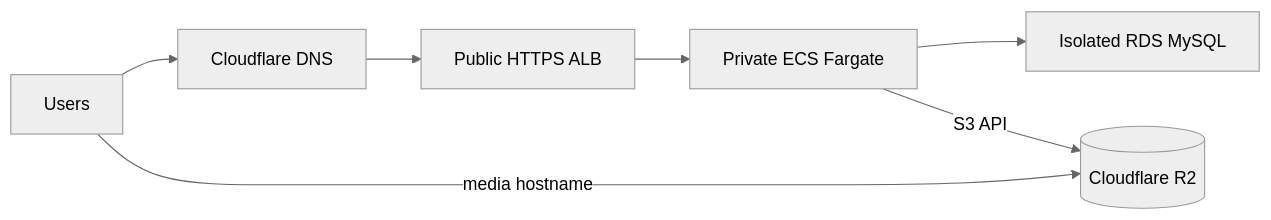
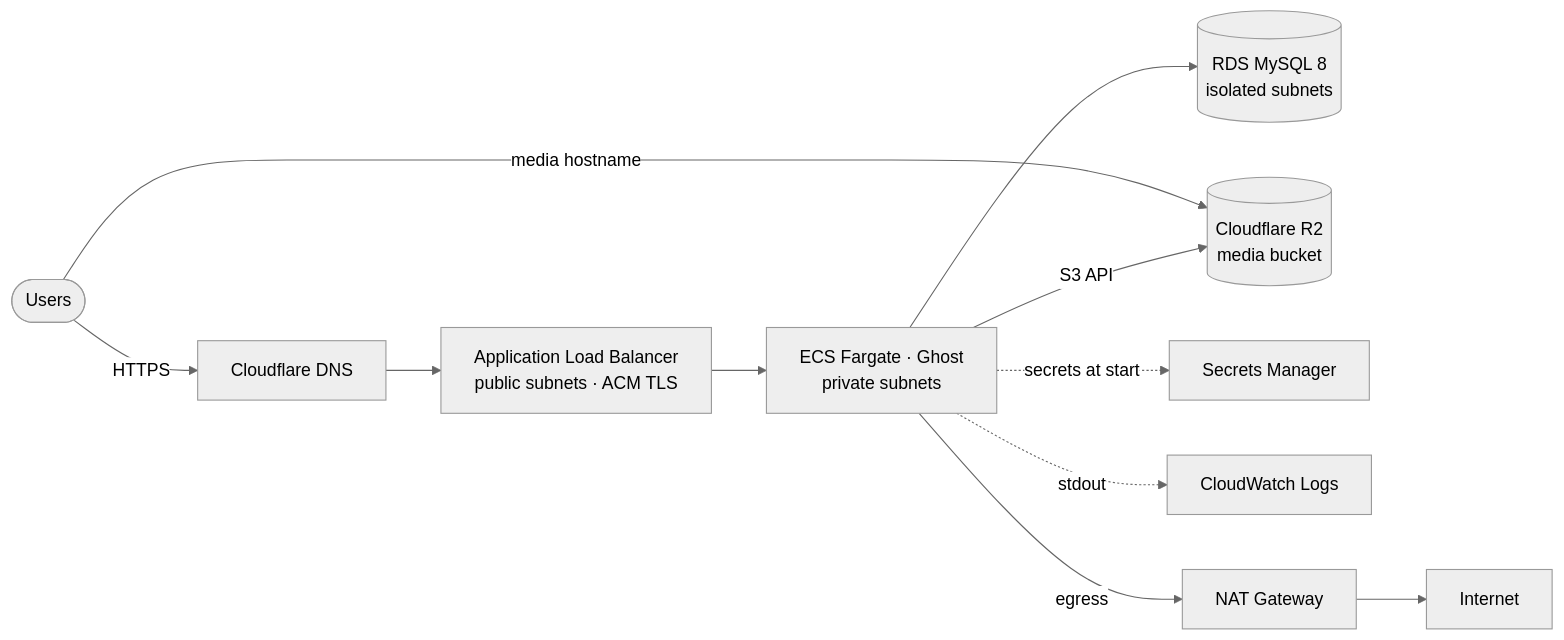
One commit to khaleeq-developer/ghost-production-aws changed the first of 2 diagrams in README.md. Above: the diagram before and after it, drawn with Mermaid (neutral theme). The commit also changed other lines of this file and 3 other files, not shown here.

````diff
--- a/README.md
+++ b/README.md
@@ -8,9 +38,12 @@
 ```mermaid
 flowchart LR
-  user[Users] --> dns[Cloudflare DNS]
-  dns --> alb[Public HTTPS ALB]
-  alb --> ecs[Private ECS Fargate]
-  ecs --> rds[Isolated RDS MySQL]
-  ecs -->|S3 API| r2[(Cloudflare R2)]
+  user([Users]) -->|HTTPS| dns[Cloudflare DNS]
+  dns --> alb[Application Load Balancer<br/>public subnets · ACM TLS]
+  alb --> ecs[ECS Fargate · Ghost<br/>private subnets]
+  ecs --> rds[(RDS MySQL 8<br/>isolated subnets)]
+  ecs -->|S3 API| r2[(Cloudflare R2<br/>media bucket)]
   user -->|media hostname| r2
+  ecs -.->|secrets at start| sm[Secrets Manager]
+  ecs -.->|stdout| cw[CloudWatch Logs]
+  ecs -->|egress| nat[NAT Gateway] --> igw[Internet]
 ```
````
